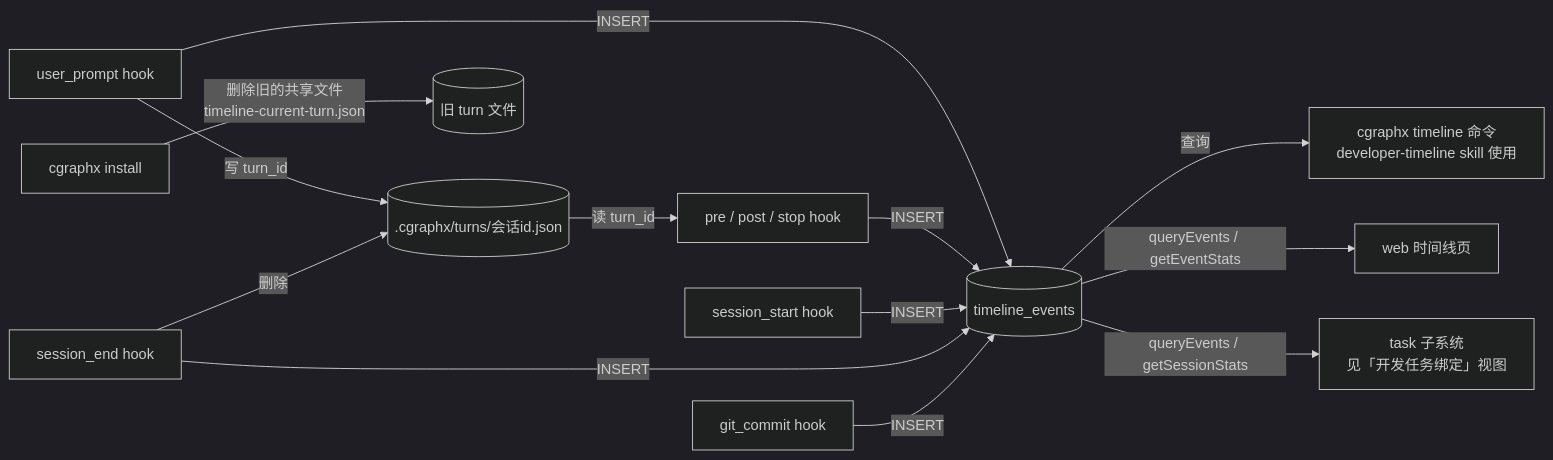
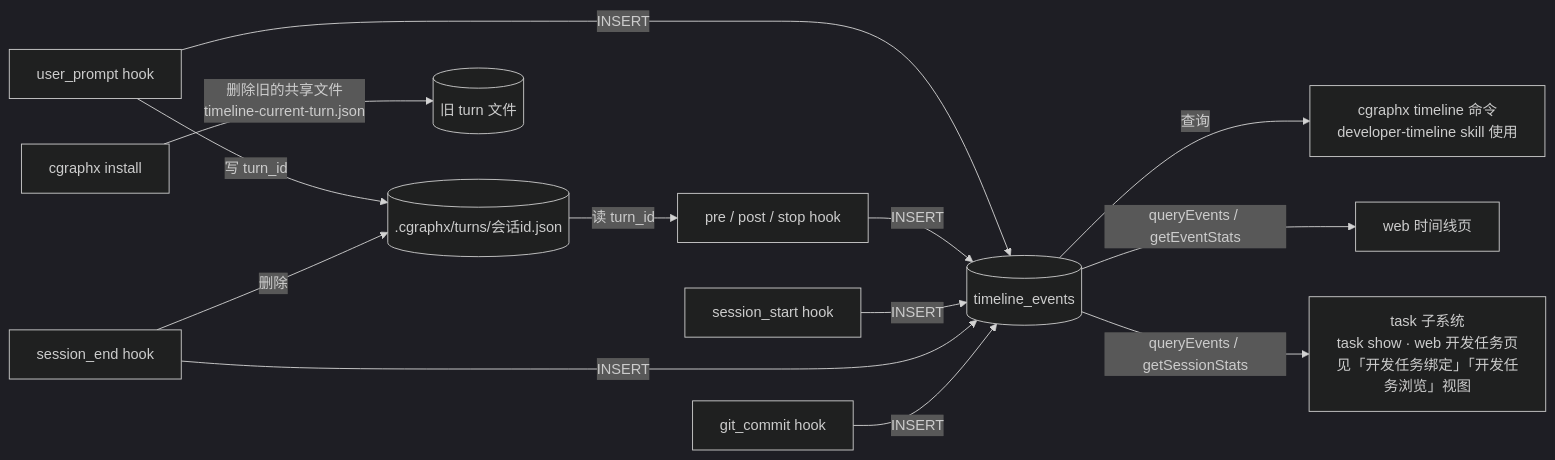
Before and after one commit to smdnkB/cgraphx: the third of 3 diagrams in docs/code-map/flows/开发时间线记录.md, drawn with Mermaid (dark theme). The commit also changed other lines of this file and 9 other files, not shown here.

First line of the commit message:
docs: 开发任务浏览知识沉淀 + 刷新代码地图

````diff
--- a/docs/code-map/flows/开发时间线记录.md
+++ b/docs/code-map/flows/开发时间线记录.md
@@ -88,15 +89,15 @@
 ```mermaid
 flowchart LR
   up[user_prompt hook] -- 写 turn_id --> tf[(.cgraphx/turns/会话id.json)]
   tf -- 读 turn_id --> rest[pre / post / stop hook]
   se[session_end hook] -- 删除 --> tf
   inst[cgraphx install] -- 删除旧的共享文件<br/>timeline-current-turn.json --> legacy[(旧 turn 文件)]
   up -- INSERT --> ev[(timeline_events)]
   rest -- INSERT --> ev
   ss[session_start hook] -- INSERT --> ev
   se -- INSERT --> ev
   git[git_commit hook] -- INSERT --> ev
   ev -- 查询 --> cli[cgraphx timeline 命令<br/>developer-timeline skill 使用]
   ev -- queryEvents / getEventStats --> web[web 时间线页]
-  ev -- queryEvents / getSessionStats --> task[task 子系统<br/>见「开发任务绑定」视图]
+  ev -- queryEvents / getSessionStats --> task[task 子系统<br/>task show · web 开发任务页<br/>见「开发任务绑定」「开发任务浏览」视图]
 ```
````
